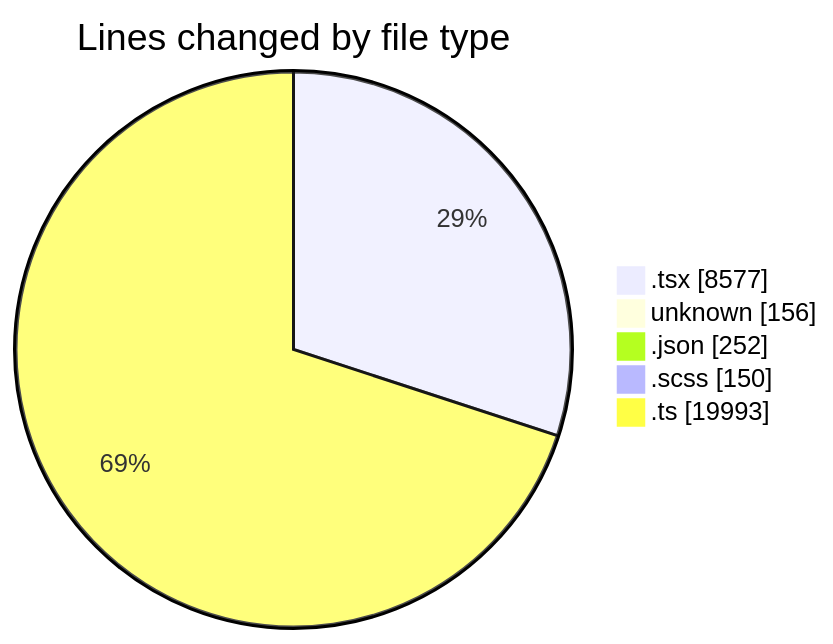
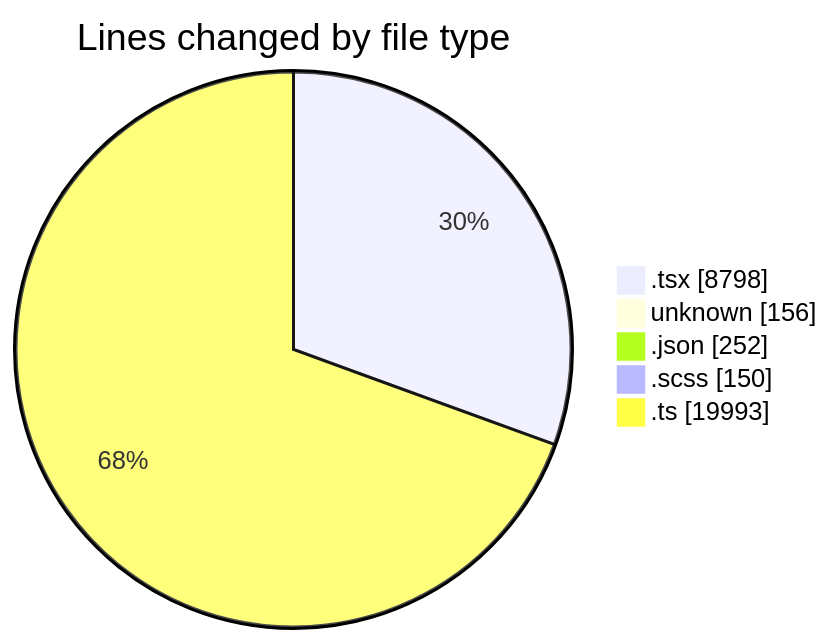
The first of 2 diagrams in 2026-09-28/cda/README.md (momahboobian/code-tracking), drawn with Mermaid before and after one commit. The commit also changed other lines of this file and 1 other file, not shown here.

````diff
--- a/2026-09-28/cda/README.md
+++ b/2026-09-28/cda/README.md
@@ -59,9 +60,9 @@
 ```mermaid
 pie showData
 title Lines changed by file type
-".tsx" : 8577
+".tsx" : 8798
 "unknown" : 156
 ".json" : 252
 ".scss" : 150
 ".ts" : 19993
 ```
````
